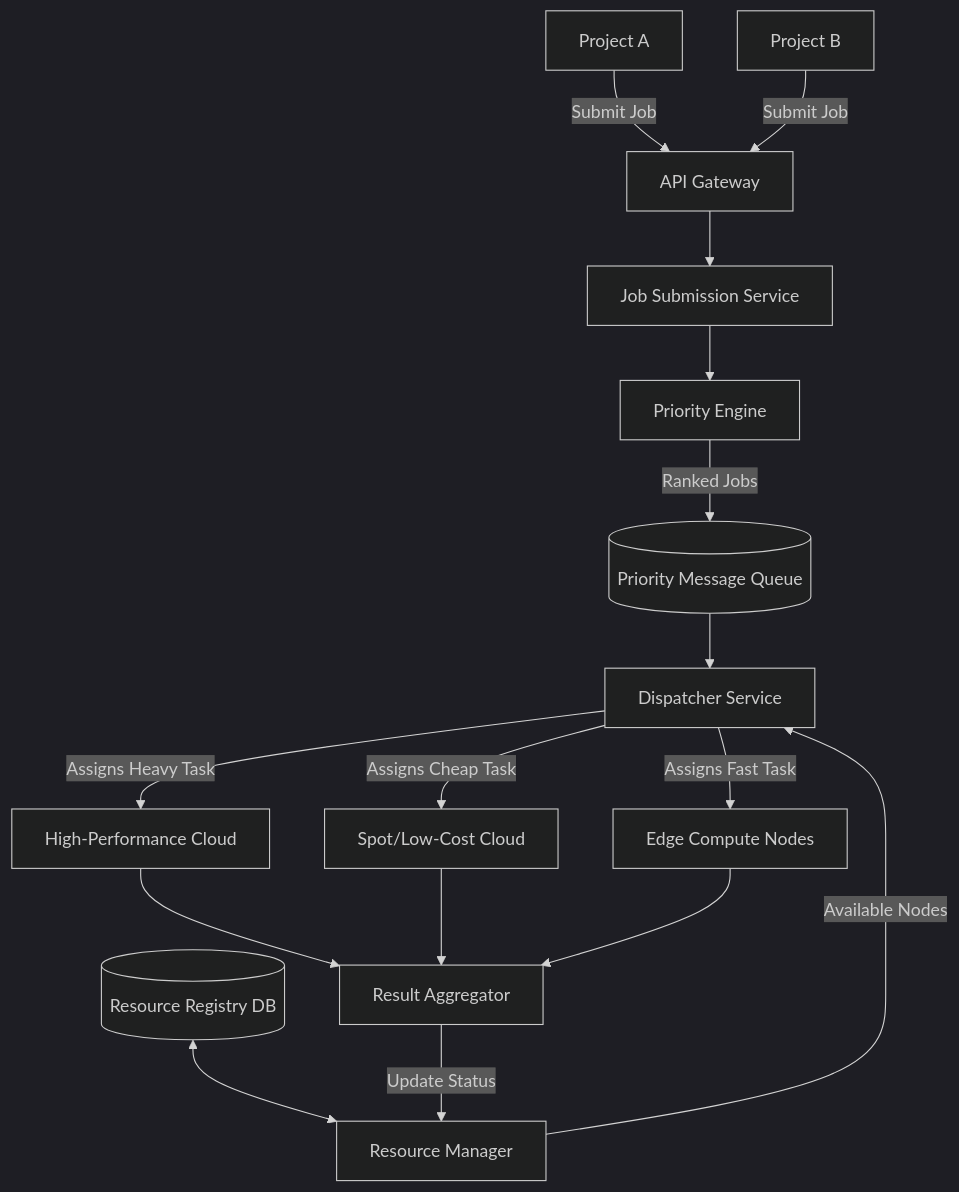
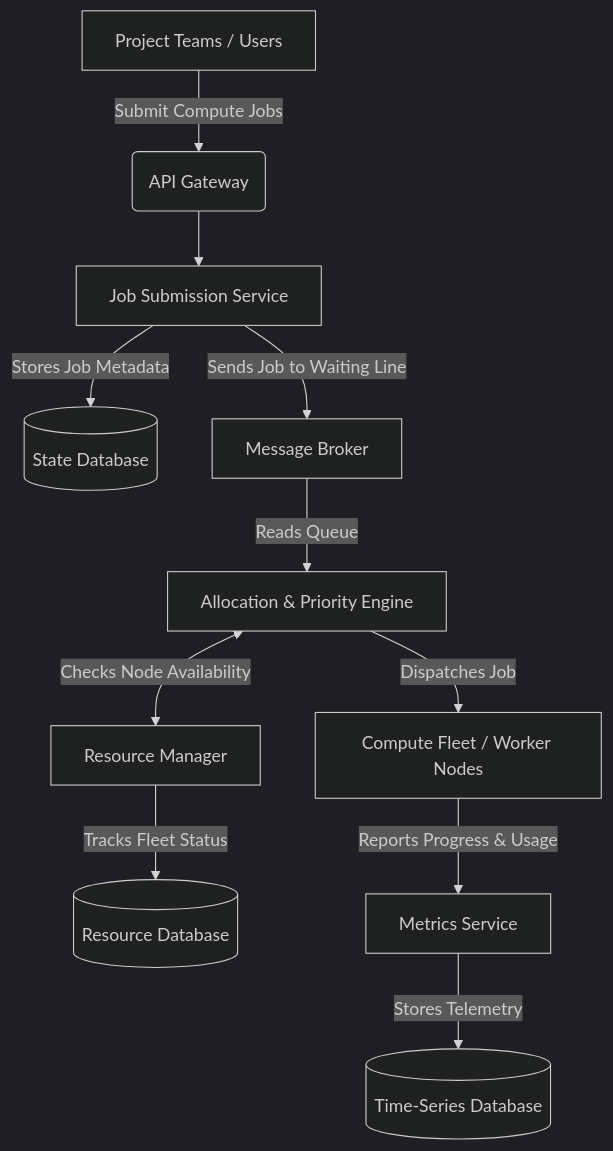
The diagram in Prioritize_and_Allocate_Distributed_Compute_Resources_Across_Multiple_Projects.md (AdrianTorjKobza/System_Design), drawn with Mermaid (dark theme) before and after one commit. The commit also changed other lines of this file, not shown here.

````diff
--- a/Prioritize_and_Allocate_Distributed_Compute_Resources_Across_Multiple_Projects.md
+++ b/Prioritize_and_Allocate_Distributed_Compute_Resources_Across_Multiple_Projects.md
@@ -10,29 +10,18 @@
 ```mermaid
-flowchart TD
-    %% Client Layer
-    P_A[Project A] -->|Submit Job| API[API Gateway]
-    P_B[Project B] -->|Submit Job| API
+graph TD
+    A[Project Teams / Users] -->|Submit Compute Jobs| B(API Gateway)
+    B --> C[Job Submission Service]
     
-    %% Core Management
-    API --> JobService[Job Submission Service]
-    JobService --> PriorityEngine[Priority Engine]
+    C -->|Stores Job Metadata| D[(State Database)]
+    C -->|Sends Job to Waiting Line| E[Message Broker]
     
-    %% Queuing & State
-    PriorityEngine -->|Ranked Jobs| Queue[(Priority Message Queue)]
-    ResourceDb[(Resource Registry DB)] <--> ResManager[Resource Manager]
+    E -->|Reads Queue| F[Allocation & Priority Engine]
     
-    %% Orchestration
-    Queue --> Dispatcher[Dispatcher Service]
-    ResManager -->|Available Nodes| Dispatcher
+    F <-->|Checks Node Availability| G[Resource Manager]
+    G -->|Tracks Fleet Status| H[(Resource Database)]
     
-    %% Compute Layer
-    Dispatcher -->|Assigns Heavy Task| CloudHigh[High-Performance Cloud]
-    Dispatcher -->|Assigns Cheap Task| CloudLow[Spot/Low-Cost Cloud]
-    Dispatcher -->|Assigns Fast Task| EdgeNodes[Edge Compute Nodes]
+    F -->|Dispatches Job| I[Compute Fleet / Worker Nodes]
     
-    %% Completion
-    CloudHigh --> Results[Result Aggregator]
-    CloudLow --> Results
-    EdgeNodes --> Results
-    Results -->|Update Status| ResManager
+    I -->|Reports Progress & Usage| J[Metrics Service]
+    J -->|Stores Telemetry| K[(Time-Series Database)]
 ```
````
